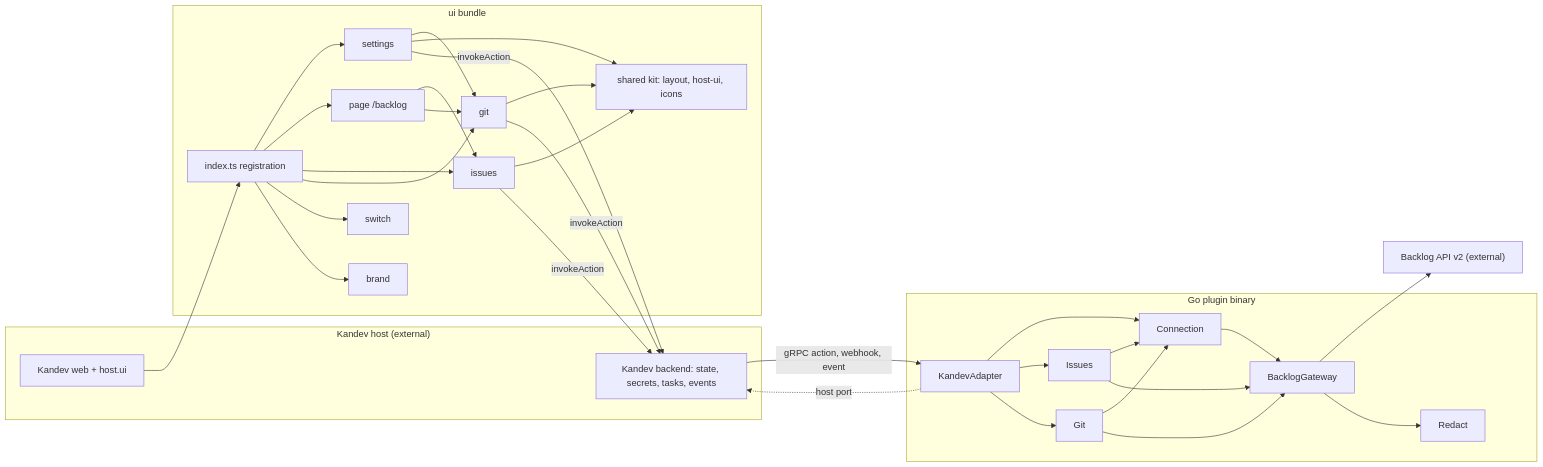
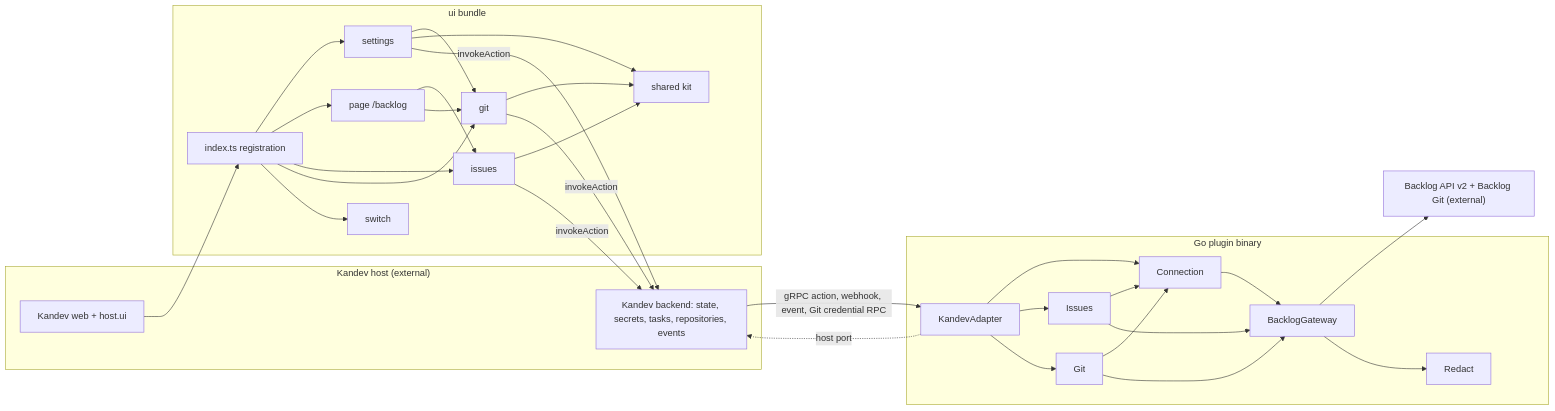
One commit to khuongdo/kandev-plugin-nulab-backlog changed the first of 4 diagrams in aidlc/spaces/default/codekb/kandev-plugin-nulab-backlog/architecture.md. Above: the diagram before and after it, drawn with Mermaid. The commit also changed other lines of this file and 125 other files, not shown here.

````diff
--- a/aidlc/spaces/default/codekb/kandev-plugin-nulab-backlog/architecture.md
+++ b/aidlc/spaces/default/codekb/kandev-plugin-nulab-backlog/architecture.md
@@ -25,54 +25,52 @@
 ```mermaid
 flowchart LR
   subgraph Host["Kandev host (external)"]
     WEB["Kandev web + host.ui"]
-    CORE["Kandev backend: state, secrets, tasks, events"]
+    CORE["Kandev backend: state, secrets, tasks, repositories, events"]
   end
   subgraph UI["ui bundle"]
     REG["index.ts registration"]
-    KIT["shared kit: layout, host-ui, icons"]
+    KIT["shared kit"]
     SET["settings"]
     ISS["issues"]
     GITUI["git"]
     PAGE["page /backlog"]
     SW["switch"]
-    BR["brand"]
   end
   subgraph BE["Go plugin binary"]
     AD["KandevAdapter"]
     CONN["Connection"]
     ISSUES["Issues"]
     GIT["Git"]
     GW["BacklogGateway"]
     RED["Redact"]
   end
-  BL["Backlog API v2 (external)"]
+  BL["Backlog API v2 + Backlog Git (external)"]
   WEB --> REG
   REG --> SET
   REG --> PAGE
   REG --> ISS
   REG --> GITUI
   REG --> SW
-  REG --> BR
   PAGE --> ISS
   PAGE --> GITUI
   SET --> GITUI
   SET --> KIT
   ISS --> KIT
   GITUI --> KIT
   SET -- "invokeAction" --> CORE
   ISS -- "invokeAction" --> CORE
   GITUI -- "invokeAction" --> CORE
-  CORE -- "gRPC action, webhook, event" --> AD
+  CORE -- "gRPC action, webhook, event, Git credential RPC" --> AD
   AD --> CONN
   AD --> ISSUES
   AD --> GIT
   ISSUES --> CONN
   GIT --> CONN
   CONN --> GW
   ISSUES --> GW
   GIT --> GW
   GW --> BL
   AD -. "host port" .-> CORE
   GW --> RED
 ```
````
